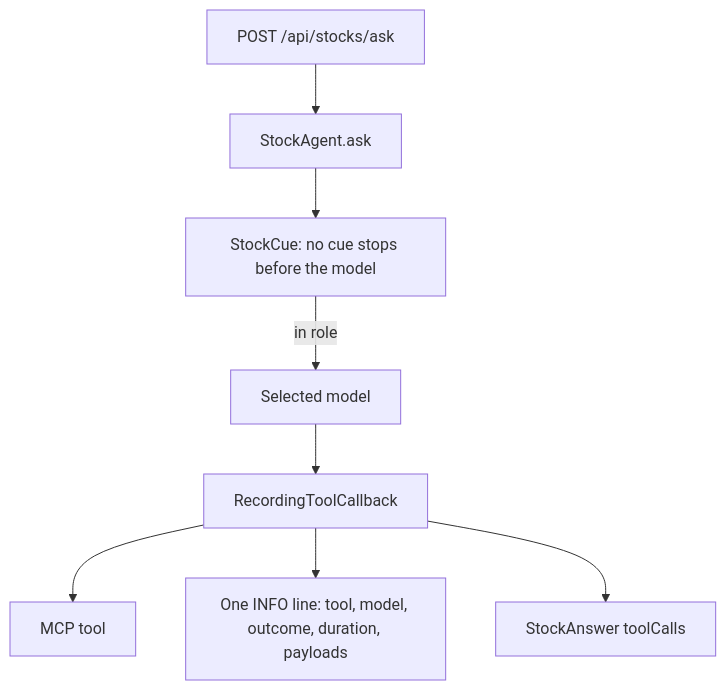
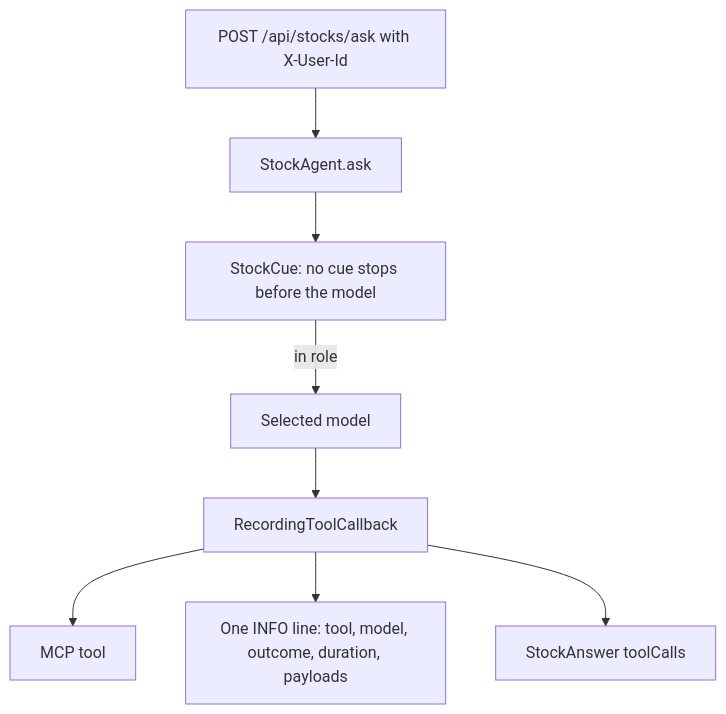
Before and after one commit to tufangorel/spring-boot-ai-stock-mcp: the fifth of 11 diagrams in README.md, drawn with Mermaid. The commit also changed other lines of this file and 13 other files, not shown here.

Commit message:
Limit each X-User-Id to 10 stock questions per minute so one caller cannot spend unbounded model calls.

````diff
--- a/README.md
+++ b/README.md
@@ -611,10 +624,10 @@
 ```mermaid
 flowchart TD
-    Request["POST /api/stocks/ask"] --> Ask["StockAgent.ask"]
+    Request["POST /api/stocks/ask with X-User-Id"] --> Ask["StockAgent.ask"]
     Ask --> Cue["StockCue: no cue stops before the model"]
     Cue -->|in role| Model["Selected model"]
     Model --> Callback["RecordingToolCallback"]
     Callback --> Mcp["MCP tool"]
     Callback --> LogLine["One INFO line: tool, model, outcome, duration, payloads"]
     Callback --> Response["StockAnswer toolCalls"]
 ```
````
